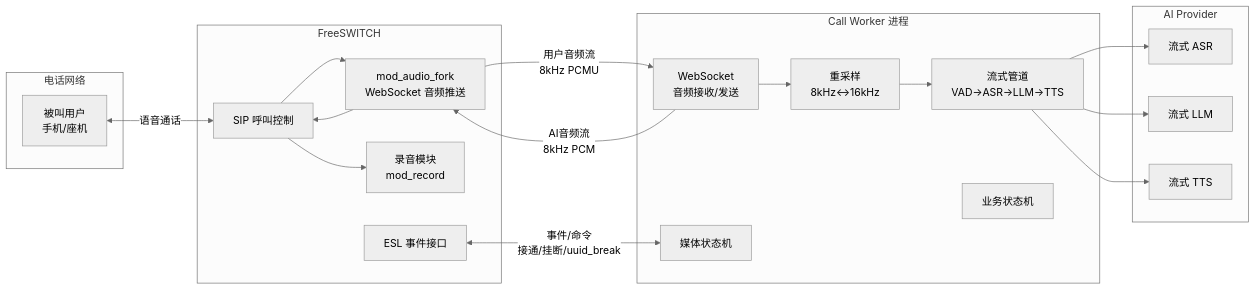
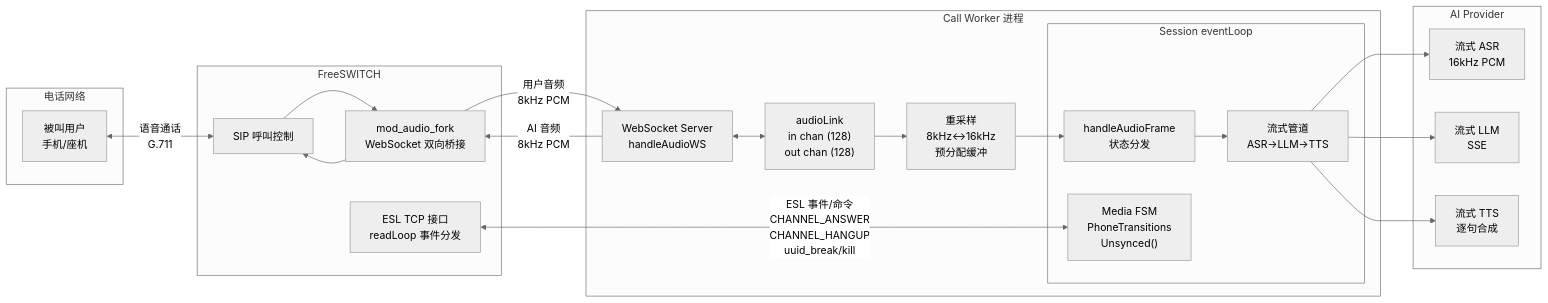
The diagram in design/diagrams/04-01-media-bridge.mmd (omeyang/Clarion), drawn with Mermaid (neutral theme) before and after one commit. The commit also changed 25 other files, not shown here.

First line of the commit message:
修订设计文档与架构图，统一 guard 包文档注释

```diff
--- a/design/diagrams/04-01-media-bridge.mmd
+++ b/design/diagrams/04-01-media-bridge.mmd
@@ -1,41 +1,44 @@
 flowchart LR
     subgraph TEL["电话网络"]
         User["被叫用户<br/>手机/座机"]
     end
 
     subgraph FS_NODE["FreeSWITCH"]
         SIP["SIP 呼叫控制"]
-        AF["mod_audio_fork<br/>WebSocket 音频推送"]
-        REC["录音模块<br/>mod_record"]
-        ESL["ESL 事件接口"]
+        AF["mod_audio_fork<br/>WebSocket 双向桥接"]
+        ESL["ESL TCP 接口<br/>readLoop 事件分发"]
     end
 
     subgraph CW_NODE["Call Worker 进程"]
-        WS["WebSocket<br/>音频接收/发送"]
-        RESAMPLE["重采样<br/>8kHz↔16kHz"]
-        PIPELINE["流式管道<br/>VAD→ASR→LLM→TTS"]
-        MSM["媒体状态机"]
-        BSM["业务状态机"]
+        WS["WebSocket Server<br/>handleAudioWS"]
+        LINK["audioLink<br/>in chan (128)<br/>out chan (128)"]
+        RESAMPLE["重采样<br/>8kHz↔16kHz<br/>预分配缓冲"]
+
+        subgraph SESSION["Session eventLoop"]
+            AUDIO["handleAudioFrame<br/>状态分发"]
+            PIPELINE["流式管道<br/>ASR→LLM→TTS"]
+            MSM["Media FSM<br/>PhoneTransitions<br/>Unsynced()"]
+        end
     end
 
     subgraph AI["AI Provider"]
-        ASR["流式 ASR"]
-        LLM["流式 LLM"]
-        TTS["流式 TTS"]
+        ASR["流式 ASR<br/>16kHz PCM"]
+        LLM["流式 LLM<br/>SSE"]
+        TTS["流式 TTS<br/>逐句合成"]
     end
 
-    User <-->|"语音通话"| SIP
+    User <-->|"语音通话<br/>G.711"| SIP
     SIP --> AF
-    AF -->|"用户音频流<br/>8kHz PCMU"| WS
-    WS -->|"AI音频流<br/>8kHz PCM"| AF
+    AF -->|"用户音频<br/>8kHz PCM"| WS
+    WS -->|"AI 音频<br/>8kHz PCM"| AF
     AF --> SIP
 
-    WS --> RESAMPLE
-    RESAMPLE --> PIPELINE
+    WS <--> LINK
+    LINK --> RESAMPLE
+    RESAMPLE --> AUDIO
+    AUDIO --> PIPELINE
     PIPELINE --> ASR
     PIPELINE --> LLM
     PIPELINE --> TTS
 
-    ESL <-->|"事件/命令<br/>接通/挂断/uuid_break"| MSM
-
-    SIP --> REC
+    ESL <-->|"ESL 事件/命令<br/>CHANNEL_ANSWER<br/>CHANNEL_HANGUP<br/>uuid_break/kill"| MSM
```
